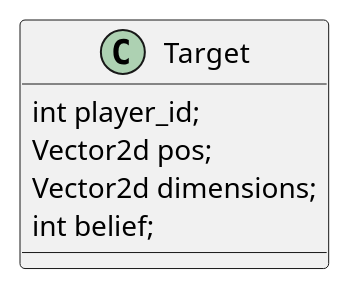
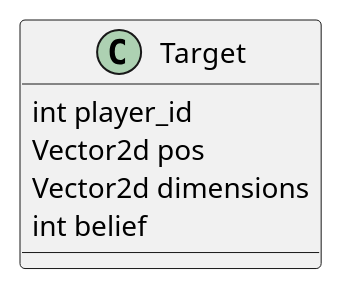
One commit to asrob-uc3m/robotDevastation-developer-manual changed the second of 3 diagrams in en/data-management/data-model.md. Above: the diagram before and after it, drawn with PlantUML. The commit also changed other lines of this file, not shown here.

```diff
--- a/en/data-management/data-model.md
+++ b/en/data-management/data-model.md
@@ -24,8 +24,8 @@
 {% plantuml %}
 class Target {
-    int player_id;
-    Vector2d pos;
-    Vector2d dimensions;
-    int belief;
+int player_id
+Vector2d pos
+Vector2d dimensions
+int belief
 }
 {% endplantuml %}
```
